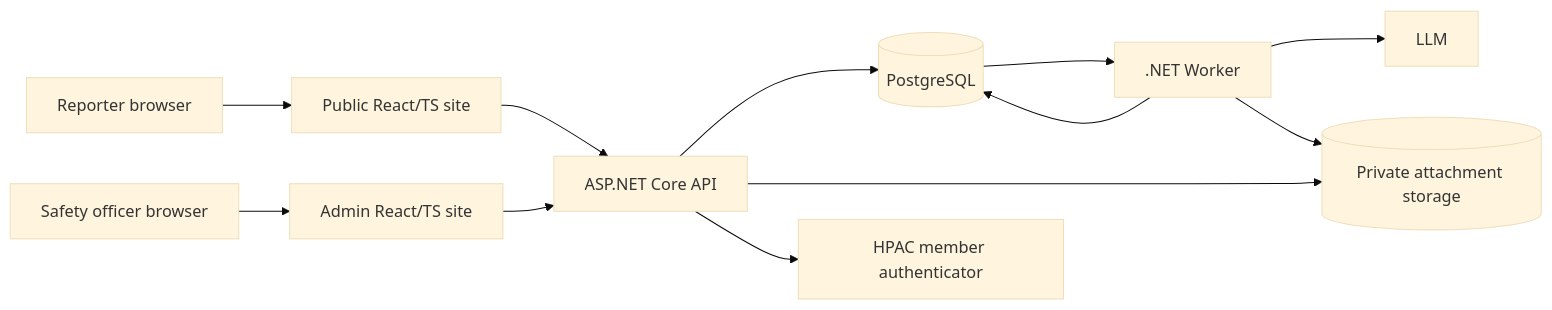
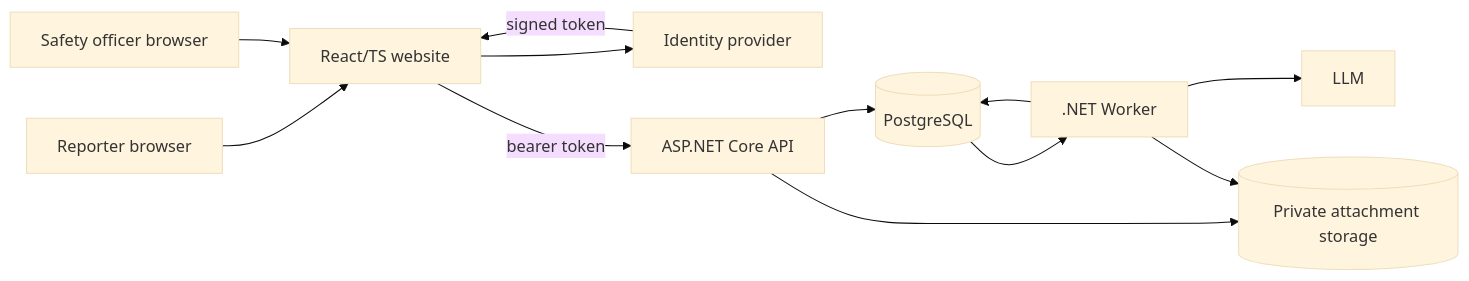
One commit to HPAC-Safety/safety-report changed the first of 2 diagrams in docs/system-overview.md. Above: the diagram before and after it, drawn with Mermaid (base theme). The commit also changed other lines of this file and 52 other files, not shown here.

````diff
--- a/docs/system-overview.md
+++ b/docs/system-overview.md
@@ -31,14 +31,14 @@
 ```mermaid
 flowchart LR
-    reporter[Reporter browser] --> public[Public React/TS site]
-    officer[Safety officer browser] --> admin[Admin React/TS site]
-    public --> api[ASP.NET Core API]
-    admin --> api
+    reporter[Reporter browser] --> web[React/TS website]
+    officer[Safety officer browser] --> web
+    web --> idp[Identity provider]
+    idp -->|signed token| web
+    web -->|bearer token| api[ASP.NET Core API]
     api --> db[(PostgreSQL)]
     api --> media[(Private attachment storage)]
     db --> worker[.NET Worker]
     worker --> llm[LLM]
     worker --> media
     worker --> db
-    api --> member[HPAC member authenticator]
 ```
````
